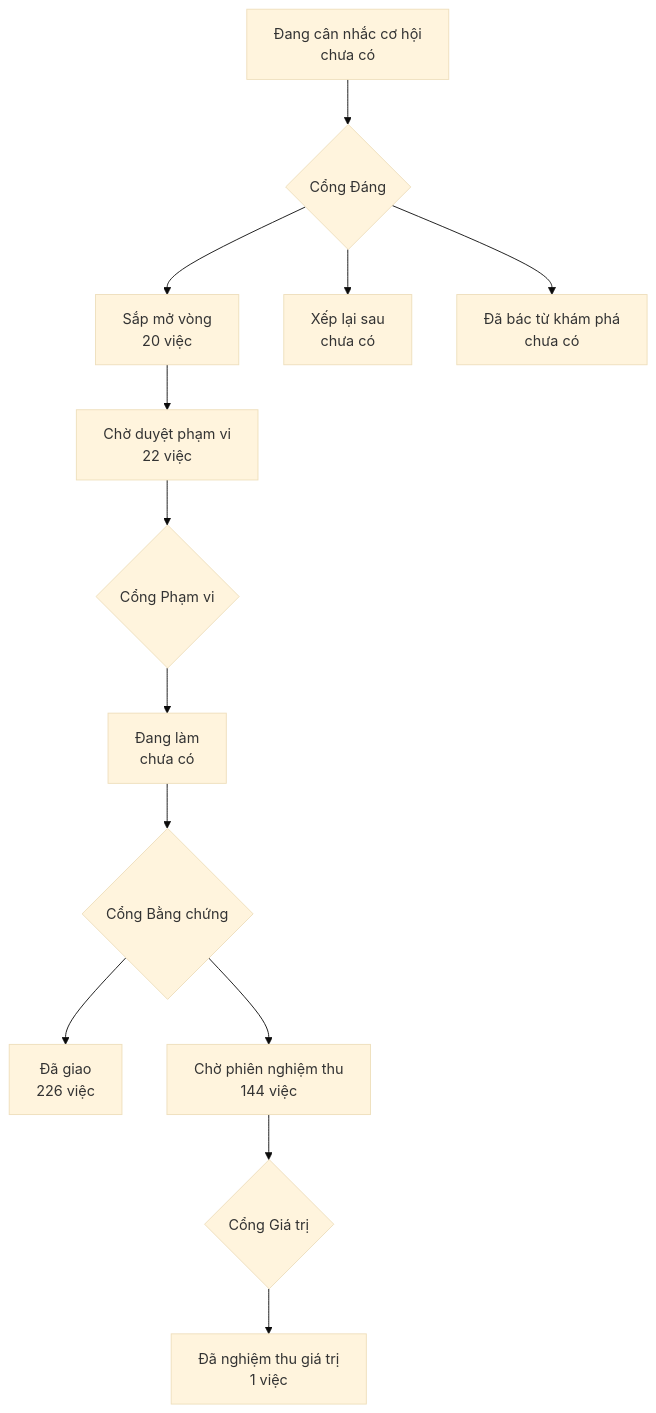
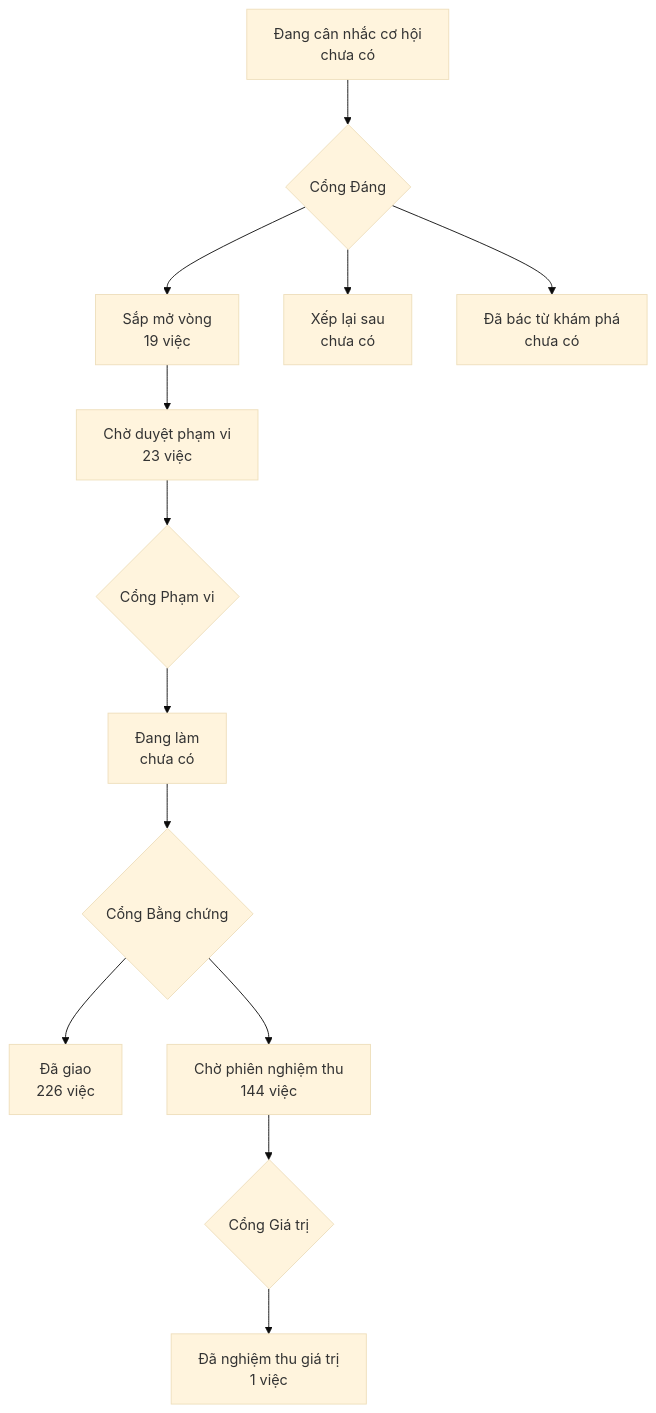
Before and after one commit to phanlemanh/onehub-invest: the diagram in PRODUCT-MAP.md, drawn with Mermaid (base theme). The commit also changed other lines of this file and 7 other files, not shown here.

First line of the commit message:
docs(acceptance): YC0 bang-yeu-cau-noi-lai — S1 tới Cổng Phạm vi (3 câu cho Mạnh)

````diff
--- a/PRODUCT-MAP.md
+++ b/PRODUCT-MAP.md
@@ -7,12 +7,12 @@
 ```mermaid
 flowchart TD
   A["Đang cân nhắc cơ hội<br/>chưa có"] --> GD{"Cổng Đáng"}
-  GD --> B["Sắp mở vòng<br/>20 việc"]
+  GD --> B["Sắp mở vòng<br/>19 việc"]
   GD --> XL["Xếp lại sau<br/>chưa có"]
   GD --> DB["Đã bác từ khám phá<br/>chưa có"]
-  B --> CD["Chờ duyệt phạm vi<br/>22 việc"] --> GP{"Cổng Phạm vi"}
+  B --> CD["Chờ duyệt phạm vi<br/>23 việc"] --> GP{"Cổng Phạm vi"}
   GP --> DL["Đang làm<br/>chưa có"] --> GB{"Cổng Bằng chứng"}
   GB --> DG["Đã giao<br/>226 việc"]
   GB --> CN["Chờ phiên nghiệm thu<br/>144 việc"] --> GG{"Cổng Giá trị"}
   GG --> NT["Đã nghiệm thu giá trị<br/>1 việc"]
 ```
````
